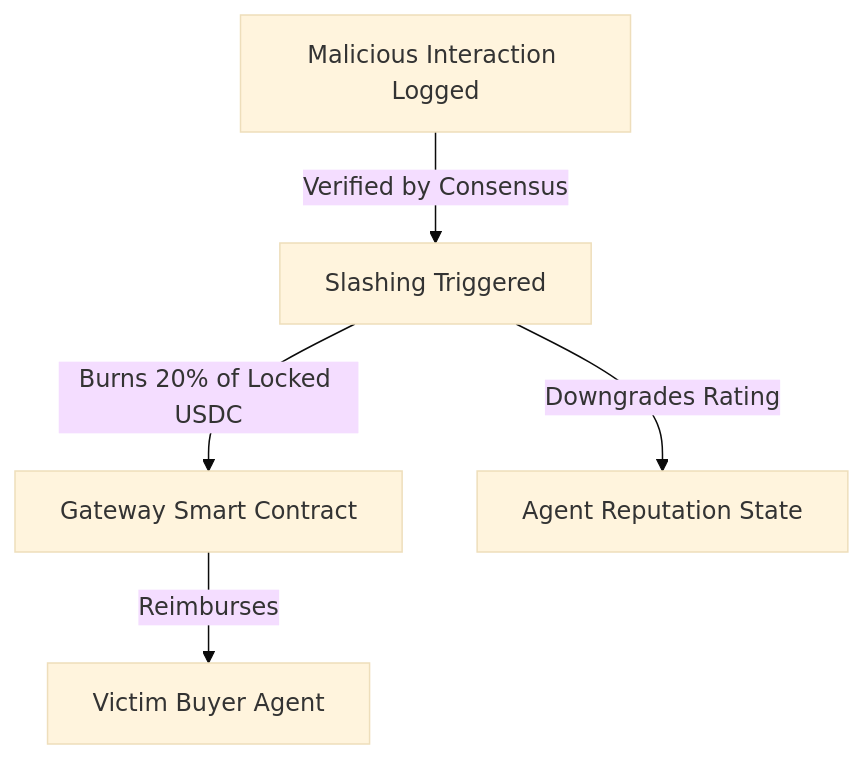
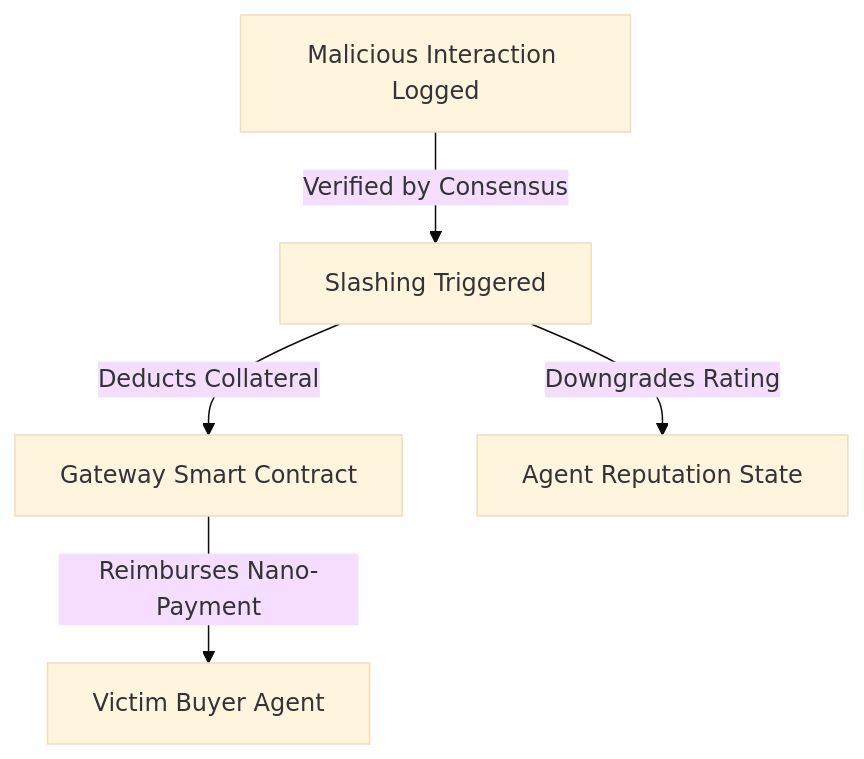
One commit to ay-web3/arc-agent-economy changed the third of 4 diagrams in README.md. Above: the diagram before and after it, drawn with Mermaid (base theme). The commit also changed other lines of this file, not shown here.

Commit message:
docs: orient entire README around the core theme of USDC nano-payments for AI agents

````diff
--- a/README.md
+++ b/README.md
@@ -65,7 +70,7 @@
 ```mermaid
 graph TD
     A[Malicious Interaction Logged] -->|Verified by Consensus| B[Slashing Triggered]
-    B -->|Burns 20% of Locked USDC| C[Gateway Smart Contract]
+    B -->|Deducts Collateral| C[Gateway Smart Contract]
     B -->|Downgrades Rating| D[Agent Reputation State]
-    C -->|Reimburses| E[Victim Buyer Agent]
+    C -->|Reimburses Nano-Payment| E[Victim Buyer Agent]
 ```
````
